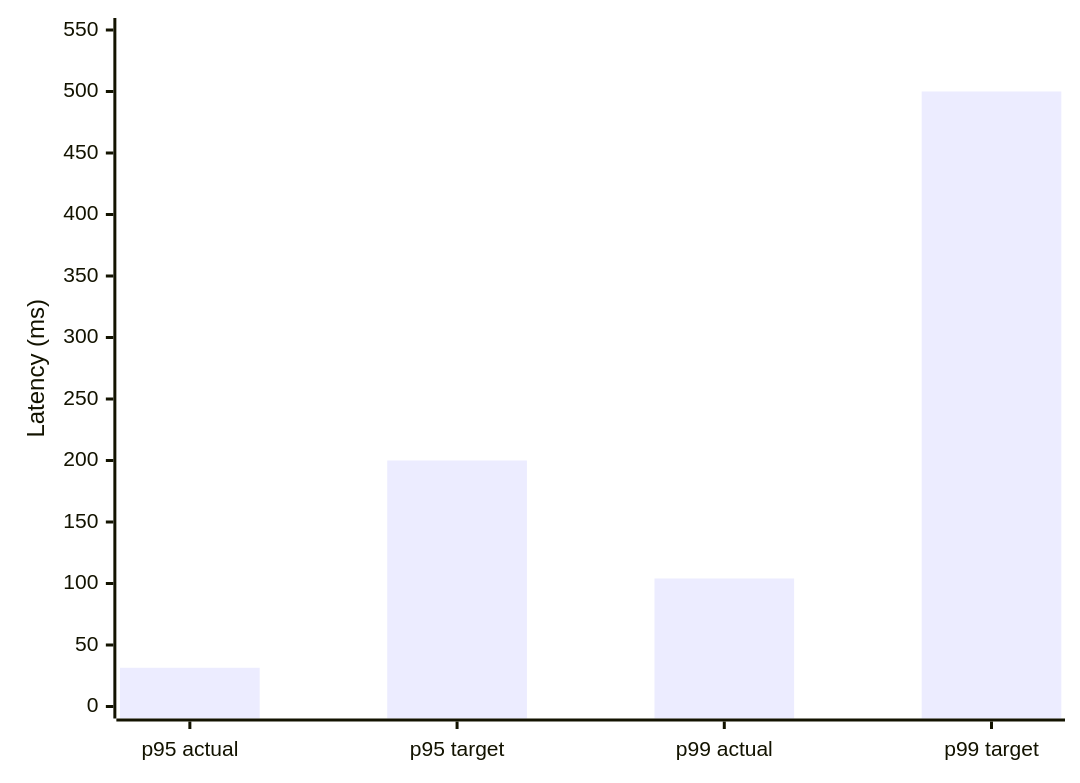
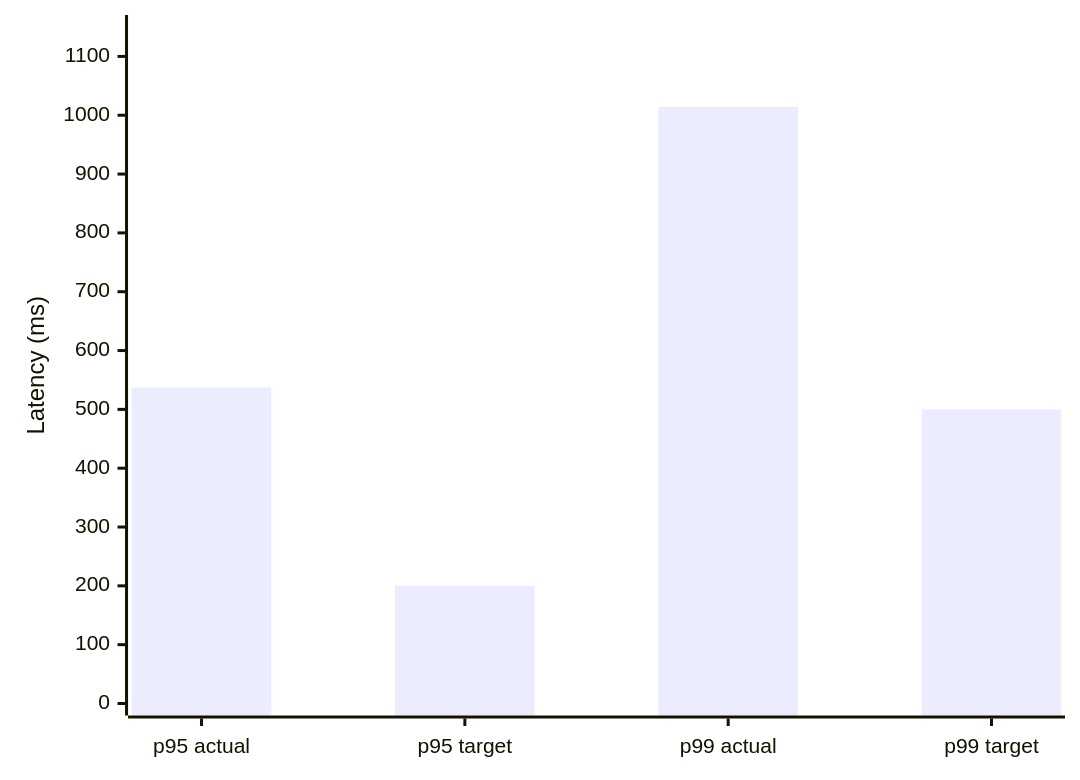
One commit to AnA-Cool556/DeliveryApp changed the first of 3 diagrams in cp3-k6-report.md. Above: the diagram before and after it, drawn with Mermaid. The commit also changed other lines of this file and 10 other files, not shown here.

````diff
--- a/cp3-k6-report.md
+++ b/cp3-k6-report.md
@@ -17,6 +21,6 @@
 ```mermaid
 xychart-beta
     x-axis ["p95 actual", "p95 target", "p99 actual", "p99 target"]
-    y-axis "Latency (ms)" 0 --> 550
-    bar [31.48, 200, 104.09, 500]
+    y-axis "Latency (ms)" 0 --> 1150
+    bar [537.14, 200, 1014.01, 500]
 ```
````
